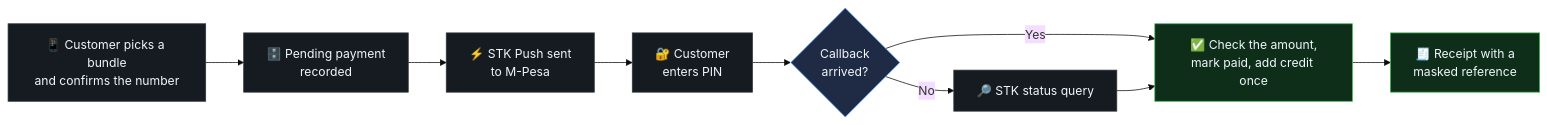
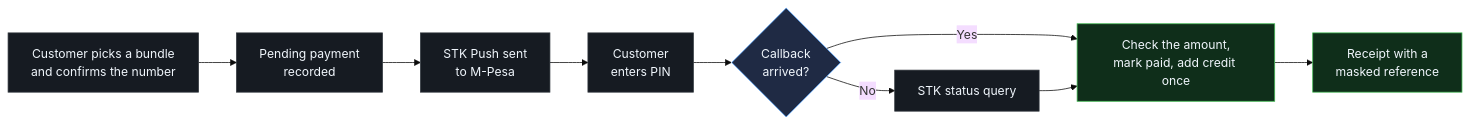
Before and after one commit to MWANZIAMUTINDA/MWANZIAMUTINDA: the fourth of 4 diagrams in README.md, drawn with Mermaid (base theme). The commit also changed other lines of this file, not shown here.

````diff
--- a/README.md
+++ b/README.md
@@ -113,18 +113,18 @@
 ```mermaid
 flowchart LR
-    A["📱 Customer picks a bundle<br/>and confirms the number"] --> B["🗄️ Pending payment<br/>recorded"]
-    B --> C["⚡ STK Push sent<br/>to M-Pesa"]
-    C --> D["🔐 Customer<br/>enters PIN"]
+    A[" Customer picks a bundle<br/>and confirms the number"] --> B[" Pending payment<br/>recorded"]
+    B --> C[" STK Push sent<br/>to M-Pesa"]
+    C --> D[" Customer<br/>enters PIN"]
     D --> E{"Callback<br/>arrived?"}
-    E -- "Yes" --> F["✅ Check the amount,<br/>mark paid, add credit once"]
-    E -- "No" --> G["🔎 STK status query"]
+    E -- "Yes" --> F[" Check the amount,<br/>mark paid, add credit once"]
+    E -- "No" --> G[" STK status query"]
     G --> F
-    F --> H["🧾 Receipt with a<br/>masked reference"]
+    F --> H[" Receipt with a<br/>masked reference"]
 
     classDef step fill:#161b22,stroke:#30363d,color:#f0f6fc
     classDef good fill:#0f2e1a,stroke:#3fb950,color:#f0f6fc
     classDef ask fill:#1f2a44,stroke:#58a6ff,color:#f0f6fc
     class A,B,C,D,G step
     class F,H good
     class E ask
 ```
````
